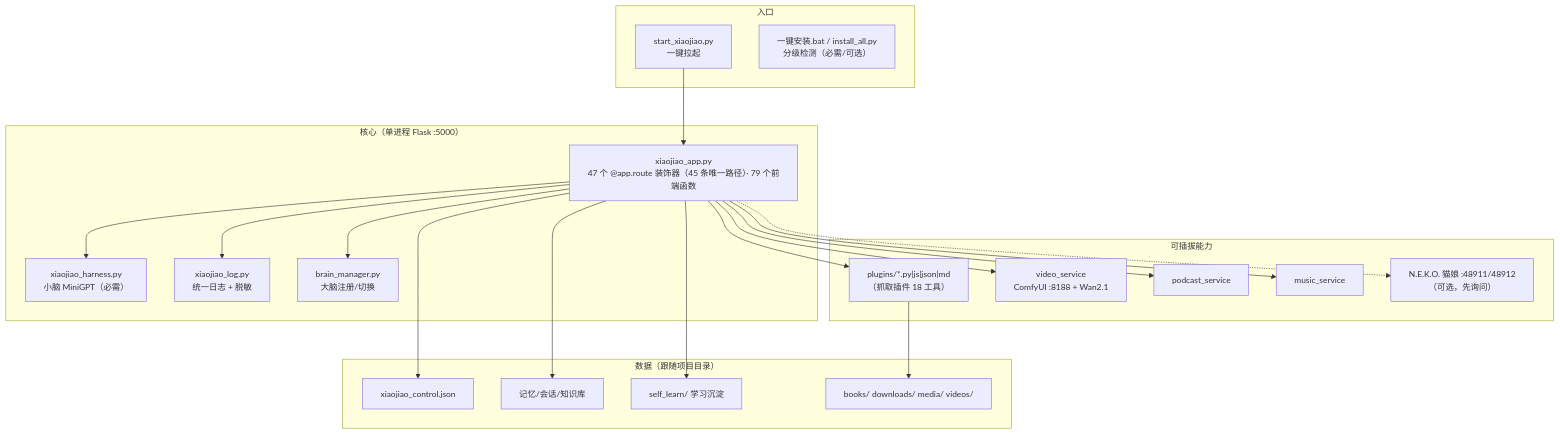
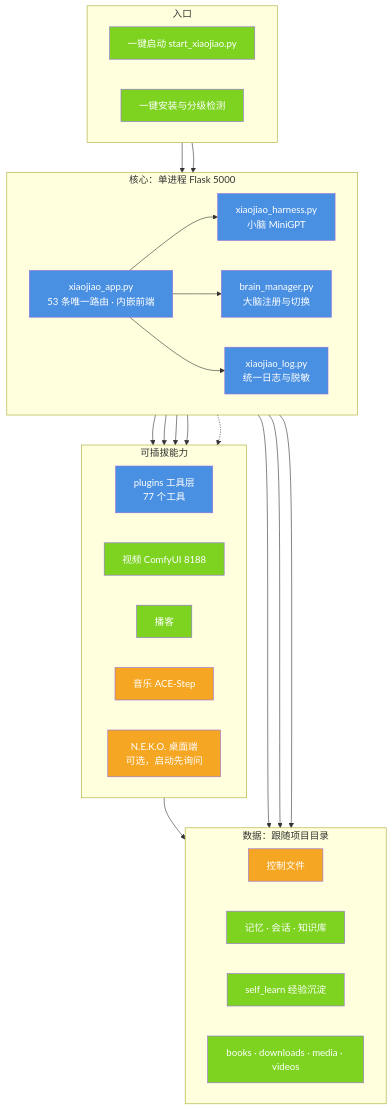
Before and after one commit to jiangchuangege/xiaojiao-harnees: the first of 2 diagrams in docs/landing-report.md, drawn with Mermaid. The commit also changed other lines of this file and 51 other files, not shown here.

````diff
--- a/docs/landing-report.md
+++ b/docs/landing-report.md
@@ -24,40 +58,64 @@
 ```mermaid
-%%{init: {"themeVariables": {"fontSize": "14px"}, "flowchart": {"htmlLabels": true, "wrappingWidth": 320, "nodeSpacing": 46, "rankSpacing": 64, "useMaxWidth": true}}}%%
 flowchart TB
     subgraph ENTRY["入口"]
-        S["start_xiaojiao.py<br/>一键拉起"]
-        I["一键安装.bat / install_all.py<br/>分级检测（必需/可选）"]
+        direction LR
+        I1["一键启动 start_xiaojiao.py"]
+        I2["一键安装与分级检测"]
     end
-    subgraph CORE["核心（单进程 Flask :5000）"]
-        APP["xiaojiao_app.py<br/>47 个 @app.route 装饰器（45 条唯一路径）· 79 个前端函数"]
-        XJ["xiaojiao_harness.py<br/>小脑 MiniGPT（必需）"]
-        LOG["xiaojiao_log.py<br/>统一日志 + 脱敏"]
-        BM["brain_manager.py<br/>大脑注册/切换"]
+
+    subgraph CORE["核心：单进程 Flask 5000"]
+        direction LR
+        APP["xiaojiao_app.py<br/>53 条唯一路由 · 内嵌前端"]
+        XJ["xiaojiao_harness.py<br/>小脑 MiniGPT"]
+        LOG["xiaojiao_log.py<br/>统一日志与脱敏"]
+        BM["brain_manager.py<br/>大脑注册与切换"]
     end
+
     subgraph EXT["可插拔能力"]
-        P["plugins/*.py|js|json|md<br/>（抓取插件 18 工具）"]
-        V["video_service<br/>ComfyUI :8188 + Wan2.1"]
-        PD["podcast_service"]
-        MU["music_service"]
-        CAT["N.E.K.O. 猫娘 :48911/48912<br/>（可选，先询问）"]
+        direction LR
+        P["plugins 工具层<br/>77 个工具"]
+        V["视频 ComfyUI 8188"]
+        PD["播客"]
+        MU["音乐 ACE-Step"]
+        CAT["N.E.K.O. 桌面端<br/>可选，启动先询问"]
     end
-    subgraph DATA["数据（跟随项目目录）"]
-        C["xiaojiao_control.json"]
-        M["记忆/会话/知识库"]
-        L["self_learn/ 学习沉淀"]
-        O["books/ downloads/ media/ videos/"]
+
+    subgraph DATA["数据：跟随项目目录"]
+        direction LR
+        C["控制文件"]
+        M["记忆 · 会话 · 知识库"]
+        L["self_learn 经验沉淀"]
+        O["books · downloads · media · videos"]
     end
-    S --> APP
+
+    I1 --> APP
+    I2 --> APP
     APP --> XJ
     APP --> BM
     APP --> P
     APP --> V
     APP --> PD
     APP --> MU
     APP -.-> CAT
     APP --> M
     APP --> L
     P --> O
     APP --> LOG
     APP --> C
+
+    style I1 fill:#7ED321,color:#fff
+    style I2 fill:#7ED321,color:#fff
+    style APP fill:#4A90E2,color:#fff
+    style XJ fill:#4A90E2,color:#fff
+    style LOG fill:#4A90E2,color:#fff
+    style BM fill:#4A90E2,color:#fff
+    style P fill:#4A90E2,color:#fff
+    style V fill:#7ED321,color:#fff
+    style PD fill:#7ED321,color:#fff
+    style MU fill:#F5A623,color:#fff
+    style CAT fill:#F5A623,color:#fff
+    style C fill:#F5A623,color:#fff
+    style M fill:#7ED321,color:#fff
+    style L fill:#7ED321,color:#fff
+    style O fill:#7ED321,color:#fff
 ```
````
